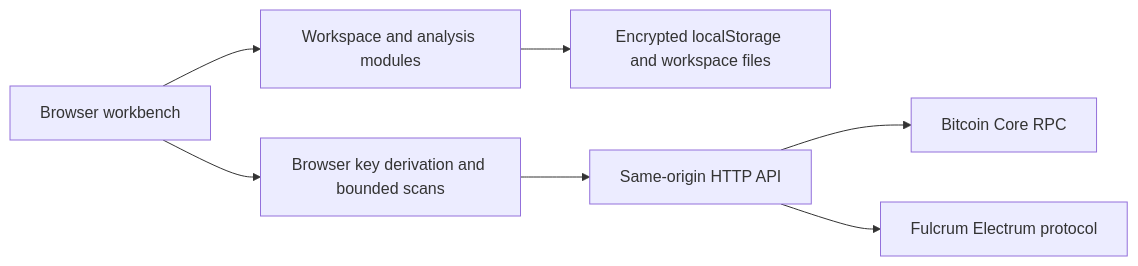
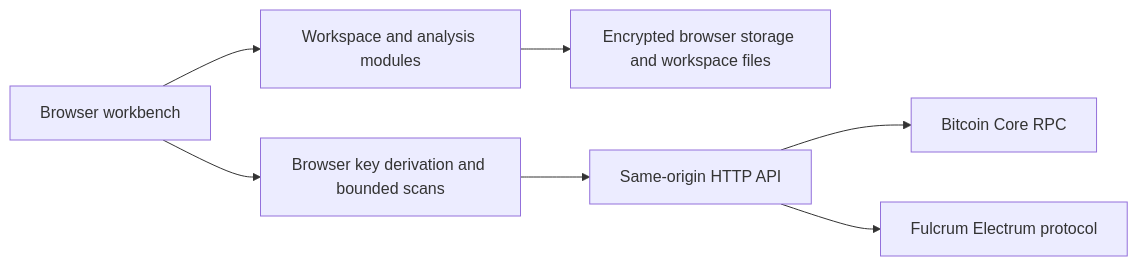
One commit to remcoros/chaingraph changed the diagram in docs/architecture.md. Above: the diagram before and after it, drawn with Mermaid. The commit also changed other lines of this file and 62 other files, not shown here.

````diff
--- a/docs/architecture.md
+++ b/docs/architecture.md
@@ -5,9 +5,9 @@
 ```mermaid
 flowchart LR
   UI[Browser workbench] --> Domain[Workspace and analysis modules]
-  Domain --> Vault[Encrypted localStorage and workspace files]
+  Domain --> Vault[Encrypted browser storage and workspace files]
   UI --> Scan[Browser key derivation and bounded scans]
   Scan --> API[Same-origin HTTP API]
   API --> Core[Bitcoin Core RPC]
   API --> Fulcrum[Fulcrum Electrum protocol]
 ```
````
